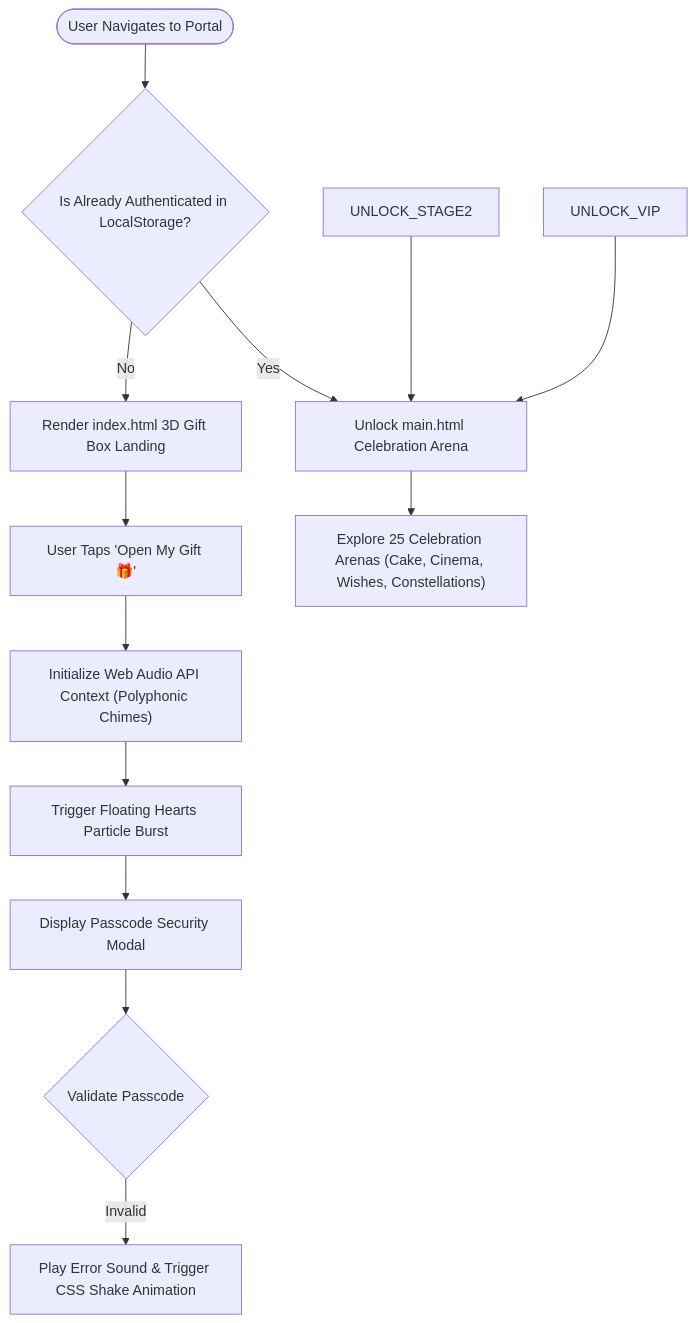
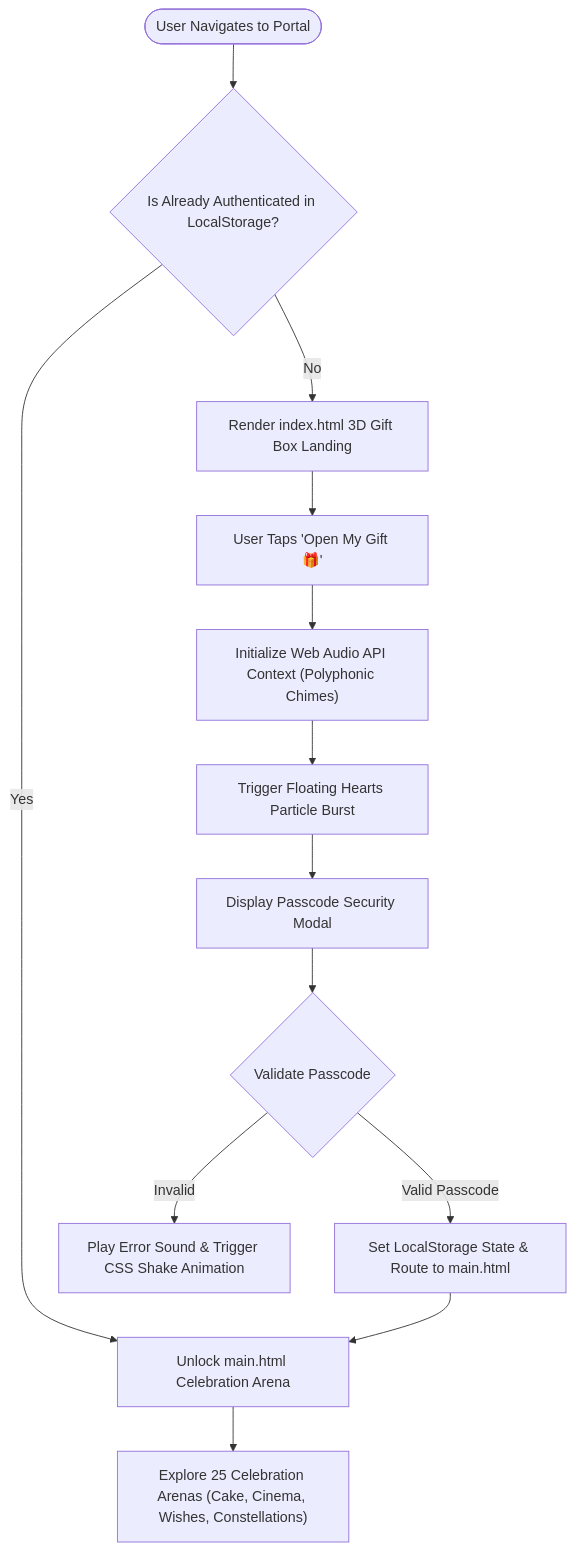
One commit to dilipk2026/happy-birthday changed the second of 3 diagrams in README.md. Above: the diagram before and after it, drawn with Mermaid. The commit also changed other lines of this file, not shown here.

````diff
--- a/README.md
+++ b/README.md
@@ -206,23 +304,22 @@
 ```mermaid
 flowchart TD
     START(["User Navigates to Portal"])
     CHECK_AUTH{"Is Already Authenticated in LocalStorage?"}
     
     START --> CHECK_AUTH
     CHECK_AUTH -- Yes --> SHOW_MAIN["Unlock main.html Celebration Arena"]
     CHECK_AUTH -- No --> SHOW_STAGE1["Render index.html 3D Gift Box Landing"]
 
     SHOW_STAGE1 --> TAP_BOX["User Taps 'Open My Gift 🎁'"]
     TAP_BOX --> AUDIO_INIT["Initialize Web Audio API Context (Polyphonic Chimes)"]
     AUDIO_INIT --> BURST_CANVAS["Trigger Floating Hearts Particle Burst"]
     BURST_CANVAS --> PROMPT_PIN["Display Passcode Security Modal"]
 
     PROMPT_PIN --> VALIDATE_PIN{"Validate Passcode"}
-   
+    VALIDATE_PIN -- Valid Passcode --> UNLOCK_STAGE2["Set LocalStorage State & Route to main.html"]
     VALIDATE_PIN -- Invalid --> SHAKE_PIN["Play Error Sound & Trigger CSS Shake Animation"]
 
     UNLOCK_STAGE2 --> SHOW_MAIN
-    UNLOCK_VIP --> SHOW_MAIN
 
     SHOW_MAIN --> INTERACT["Explore 25 Celebration Arenas (Cake, Cinema, Wishes, Constellations)"]
 ```
````
